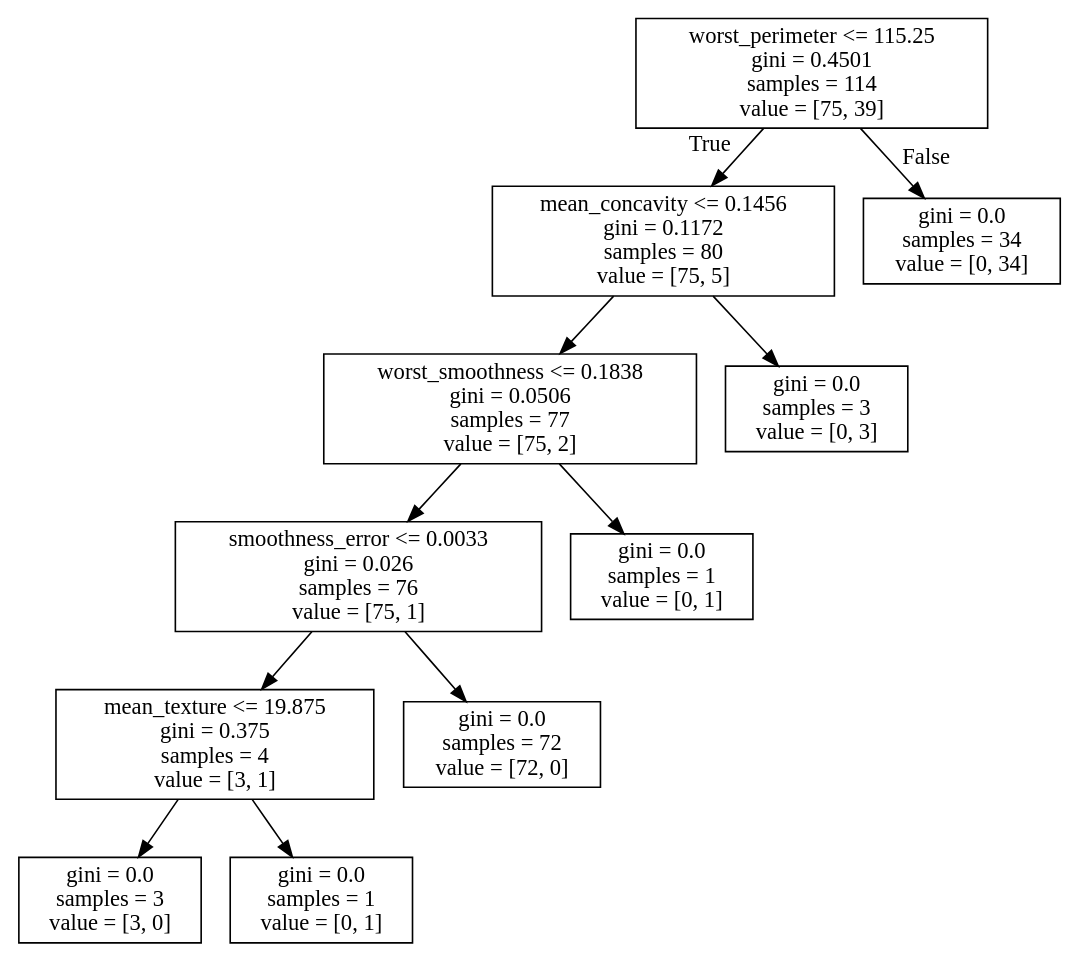
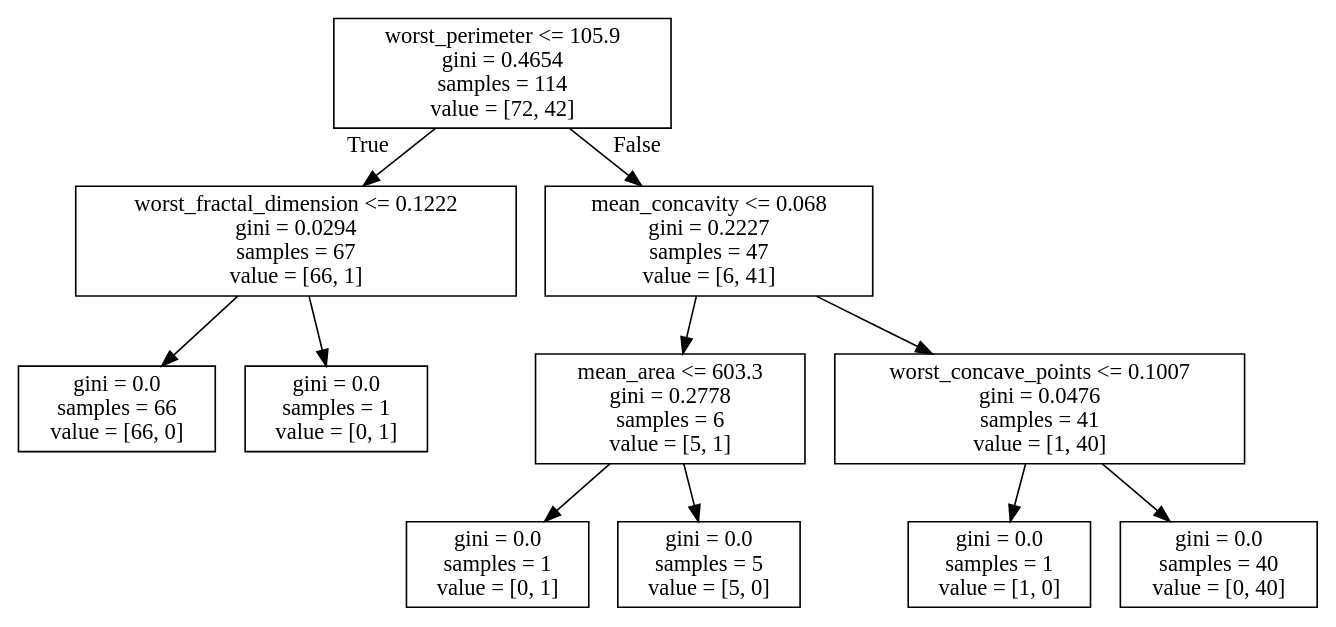
Before and after one commit to filga/ML_Sandbox: the diagram in Breast-Cancer/tree_test.dot, drawn with Graphviz. The commit also changed 2 other files, not shown here.

```diff
--- a/Breast-Cancer/tree_test.dot
+++ b/Breast-Cancer/tree_test.dot
@@ -1,24 +1,24 @@
 digraph Tree {
 node [shape=box] ;
-0 [label="worst_perimeter <= 115.25\ngini = 0.4501\nsamples = 114\nvalue = [75, 39]"] ;
-1 [label="mean_concavity <= 0.1456\ngini = 0.1172\nsamples = 80\nvalue = [75, 5]"] ;
+0 [label="worst_perimeter <= 105.9\ngini = 0.4654\nsamples = 114\nvalue = [72, 42]"] ;
+1 [label="worst_fractal_dimension <= 0.1222\ngini = 0.0294\nsamples = 67\nvalue = [66, 1]"] ;
 0 -> 1 [labeldistance=2.5, labelangle=45, headlabel="True"] ;
-2 [label="worst_smoothness <= 0.1838\ngini = 0.0506\nsamples = 77\nvalue = [75, 2]"] ;
+2 [label="gini = 0.0\nsamples = 66\nvalue = [66, 0]"] ;
 1 -> 2 ;
-3 [label="smoothness_error <= 0.0033\ngini = 0.026\nsamples = 76\nvalue = [75, 1]"] ;
-2 -> 3 ;
-4 [label="mean_texture <= 19.875\ngini = 0.375\nsamples = 4\nvalue = [3, 1]"] ;
-3 -> 4 ;
-5 [label="gini = 0.0\nsamples = 3\nvalue = [3, 0]"] ;
+3 [label="gini = 0.0\nsamples = 1\nvalue = [0, 1]"] ;
+1 -> 3 ;
+4 [label="mean_concavity <= 0.068\ngini = 0.2227\nsamples = 47\nvalue = [6, 41]"] ;
+0 -> 4 [labeldistance=2.5, labelangle=-45, headlabel="False"] ;
+5 [label="mean_area <= 603.3\ngini = 0.2778\nsamples = 6\nvalue = [5, 1]"] ;
 4 -> 5 ;
 6 [label="gini = 0.0\nsamples = 1\nvalue = [0, 1]"] ;
-4 -> 6 ;
-7 [label="gini = 0.0\nsamples = 72\nvalue = [72, 0]"] ;
-3 -> 7 ;
-8 [label="gini = 0.0\nsamples = 1\nvalue = [0, 1]"] ;
-2 -> 8 ;
-9 [label="gini = 0.0\nsamples = 3\nvalue = [0, 3]"] ;
-1 -> 9 ;
-10 [label="gini = 0.0\nsamples = 34\nvalue = [0, 34]"] ;
-0 -> 10 [labeldistance=2.5, labelangle=-45, headlabel="False"] ;
+5 -> 6 ;
+7 [label="gini = 0.0\nsamples = 5\nvalue = [5, 0]"] ;
+5 -> 7 ;
+8 [label="worst_concave_points <= 0.1007\ngini = 0.0476\nsamples = 41\nvalue = [1, 40]"] ;
+4 -> 8 ;
+9 [label="gini = 0.0\nsamples = 1\nvalue = [1, 0]"] ;
+8 -> 9 ;
+10 [label="gini = 0.0\nsamples = 40\nvalue = [0, 40]"] ;
+8 -> 10 ;
 }
```
